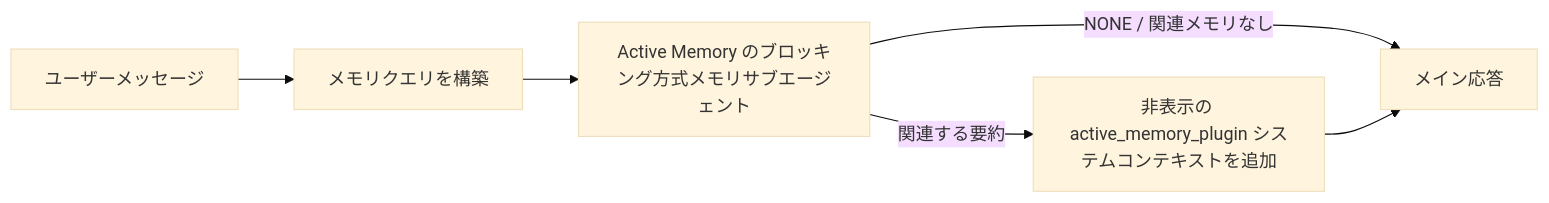
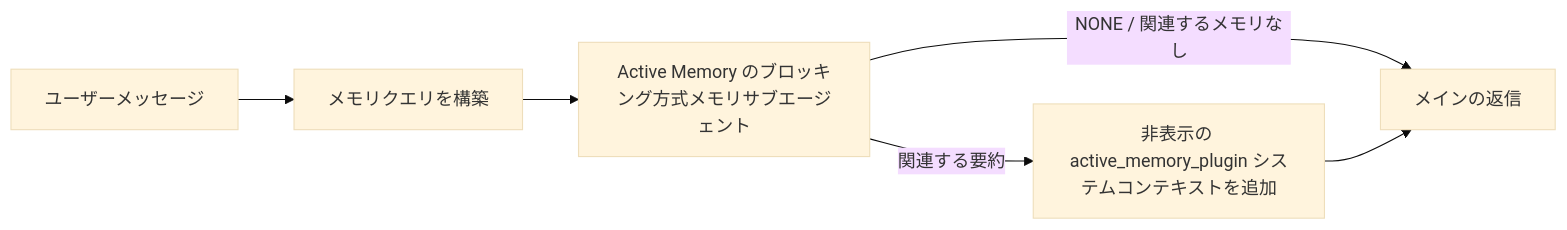
Before and after one commit to is0383kk/ai-docs-sync-workflow: the diagram in openclaw-docs/ja-JP/concepts/active-memory.md, drawn with Mermaid (base theme). The commit also changed other lines of this file and 11096 other files, not shown here.

````diff
--- a/openclaw-docs/ja-JP/concepts/active-memory.md
+++ b/openclaw-docs/ja-JP/concepts/active-memory.md
@@ -73,8 +131,8 @@
 ```mermaid
 flowchart LR
   U["ユーザーメッセージ"] --> Q["メモリクエリを構築"]
   Q --> R["Active Memory のブロッキング方式メモリサブエージェント"]
-  R -->|NONE / 関連メモリなし| M["メイン応答"]
+  R -->|NONE / 関連するメモリなし| M["メインの返信"]
   R -->|関連する要約| I["非表示の active_memory_plugin システムコンテキストを追加"]
-  I --> M["メイン応答"]
+  I --> M["メインの返信"]
 ```
````
